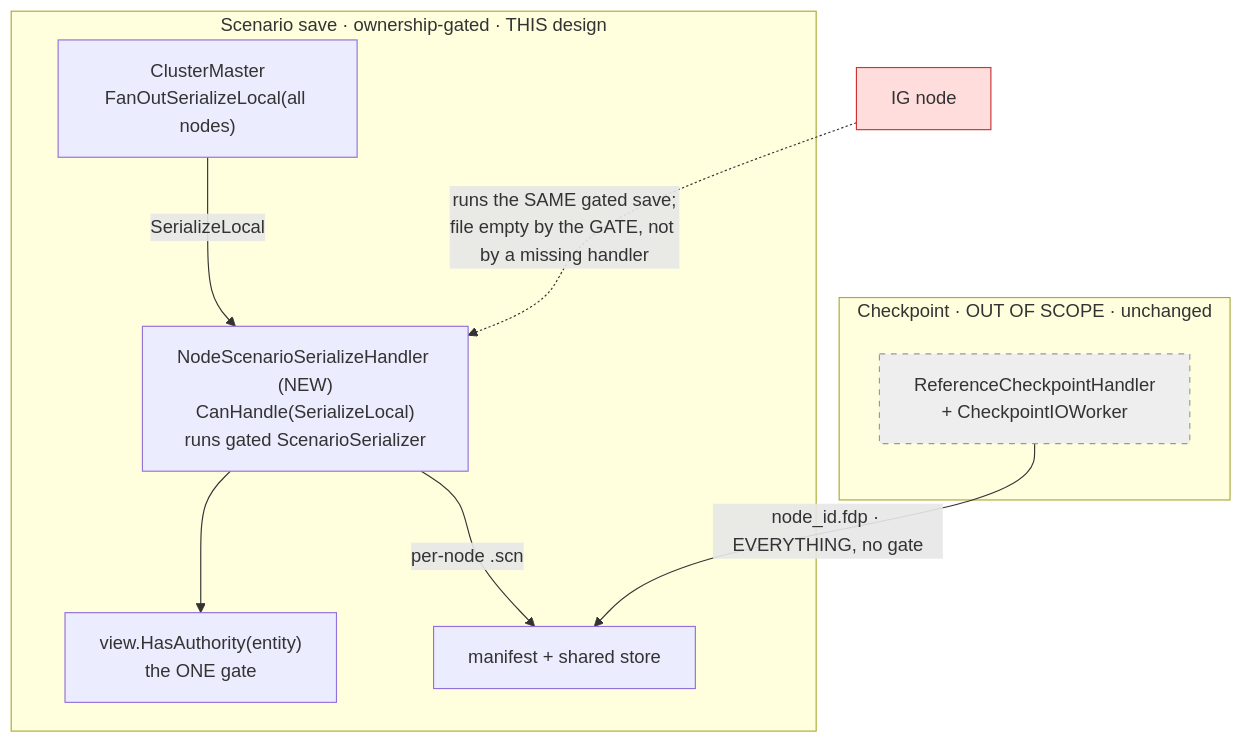
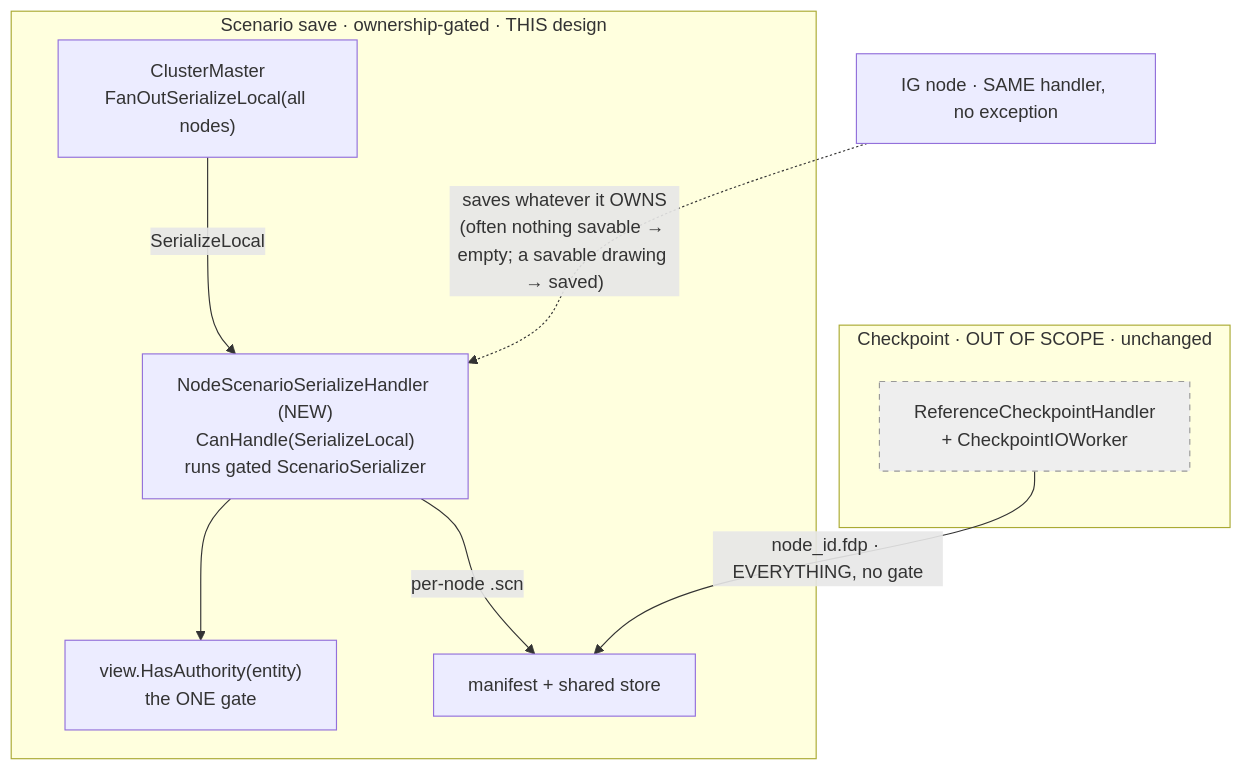
Before and after one commit to pjanec/HROT: the third of 4 diagrams in docs/DESIGN_Distributed_Scenario_Persistence.md, drawn with Mermaid. The commit also changed other lines of this file and 1 other file, not shown here.

````diff
--- a/docs/DESIGN_Distributed_Scenario_Persistence.md
+++ b/docs/DESIGN_Distributed_Scenario_Persistence.md
@@ -173,18 +191,17 @@
 ```mermaid
 graph TD
     subgraph SGsave["Scenario save · ownership-gated · THIS design"]
       CM["ClusterMaster<br/>FanOutSerializeLocal(all nodes)"]
       H["NodeScenarioSerializeHandler (NEW)<br/>CanHandle(SerializeLocal)<br/>runs gated ScenarioSerializer"]
       G["view.HasAuthority(entity)<br/>the ONE gate"]
       CM -->|SerializeLocal| H
       H --> G
       H -->|per-node .scn| NAS["manifest + shared store"]
     end
     subgraph SGcp["Checkpoint · OUT OF SCOPE · unchanged"]
       RC["ReferenceCheckpointHandler<br/>+ CheckpointIOWorker"]
       RC -->|"node_id.fdp · EVERYTHING, no gate"| NAS
     end
-    IGX["IG node"] -. "runs the SAME gated save;<br/>file empty by the GATE, not by a missing handler" .-> H
+    IGX["IG node · SAME handler, no exception"] -. "saves whatever it OWNS<br/>(often nothing savable → empty; a savable drawing → saved)" .-> H
     style RC fill:#eee,stroke:#999,stroke-dasharray:5 5
-    style IGX fill:#fdd,stroke:#c33
 ```
````
